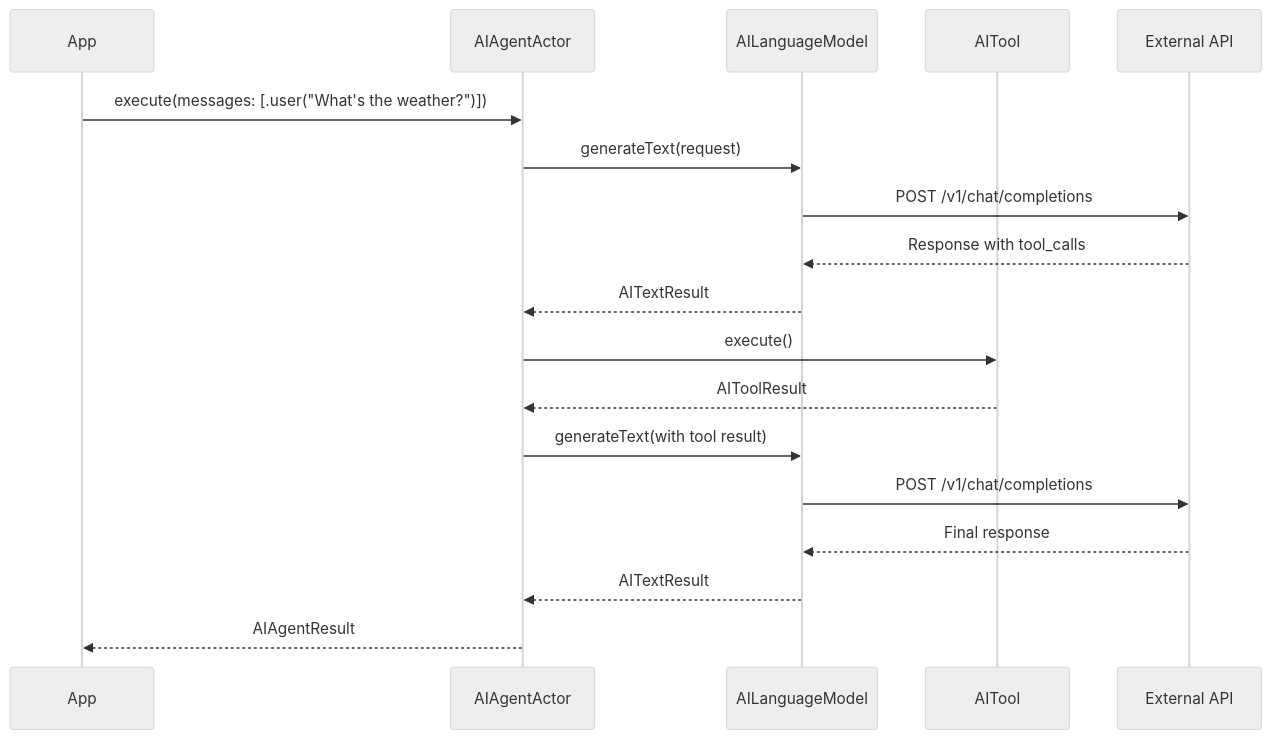
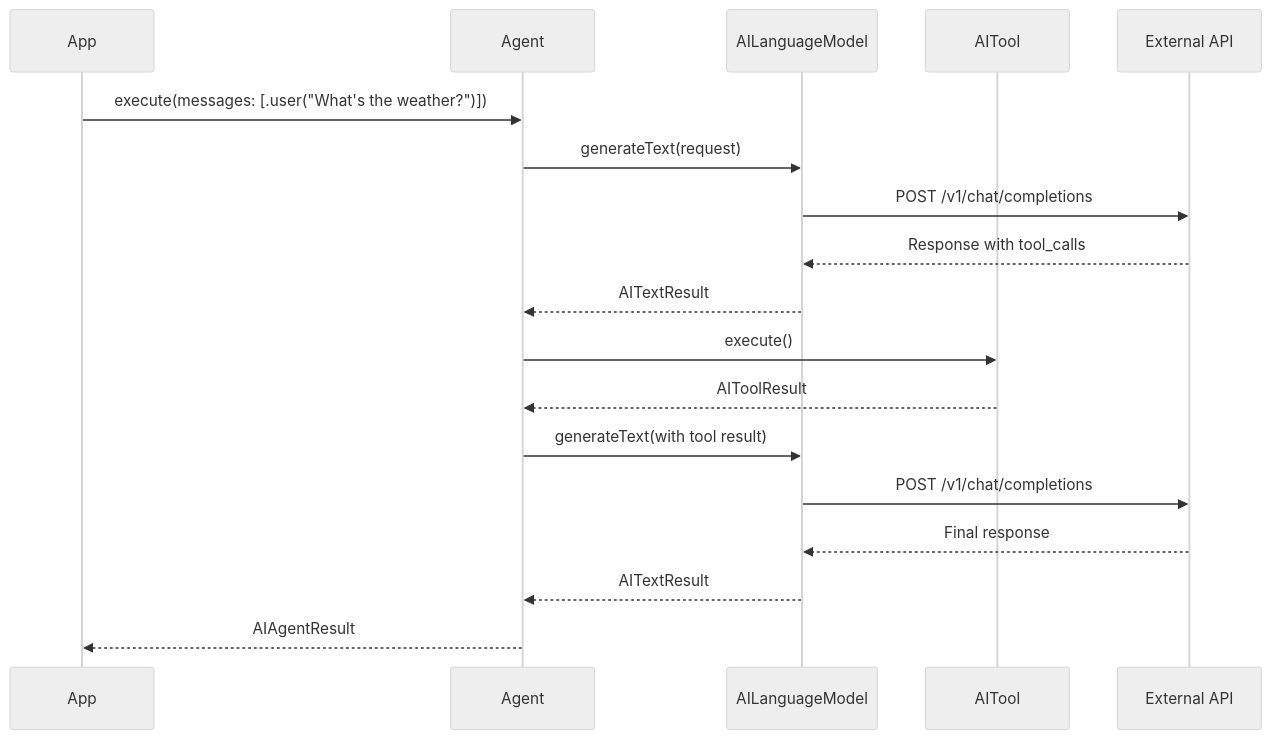
One commit to DanielhCarranza/AISDK changed the second of 7 diagrams in docs/AISDK-ARCHITECTURE.md. Above: the diagram before and after it, drawn with Mermaid (neutral theme). The commit also changed other lines of this file and 1 other file, not shown here.

First line of the commit message:
Fix architecture and json-render docs: AIAgentActor → Agent

````diff
--- a/docs/AISDK-ARCHITECTURE.md
+++ b/docs/AISDK-ARCHITECTURE.md
@@ -117,24 +117,24 @@
 ```mermaid
 sequenceDiagram
     participant App
-    participant Agent as AIAgentActor
+    participant Agent as Agent
     participant LLM as AILanguageModel
     participant Tool as AITool
     participant API as External API
 
     App->>Agent: execute(messages: [.user("What's the weather?")])
     Agent->>LLM: generateText(request)
     LLM->>API: POST /v1/chat/completions
     API-->>LLM: Response with tool_calls
     LLM-->>Agent: AITextResult
 
     Agent->>Tool: execute()
     Tool-->>Agent: AIToolResult
 
     Agent->>LLM: generateText(with tool result)
     LLM->>API: POST /v1/chat/completions
     API-->>LLM: Final response
     LLM-->>Agent: AITextResult
 
     Agent-->>App: AIAgentResult
 ```
````
